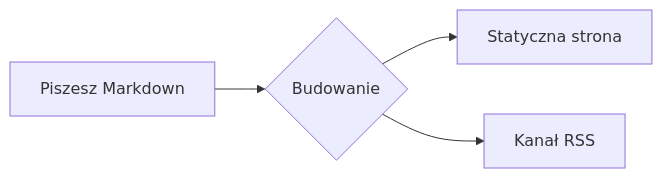
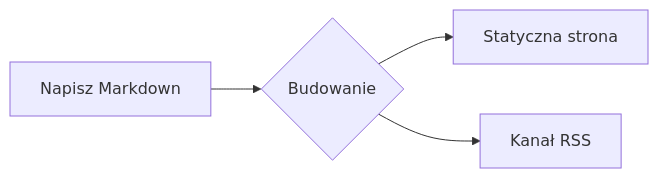
One commit to rapira-rs/rapira-rs.github.io changed the diagram in pl/docs/contributing.md. Above: the diagram before and after it, drawn with Mermaid. The commit also changed other lines of this file and 121 other files, not shown here.

````diff
--- a/pl/docs/contributing.md
+++ b/pl/docs/contributing.md
@@ -217,6 +219,6 @@
 ```mermaid
 flowchart LR
-  A[Piszesz Markdown] --> B{Budowanie}
+  A[Napisz Markdown] --> B{Budowanie}
   B --> C[Statyczna strona]
   B --> D[Kanał RSS]
 ```
````
